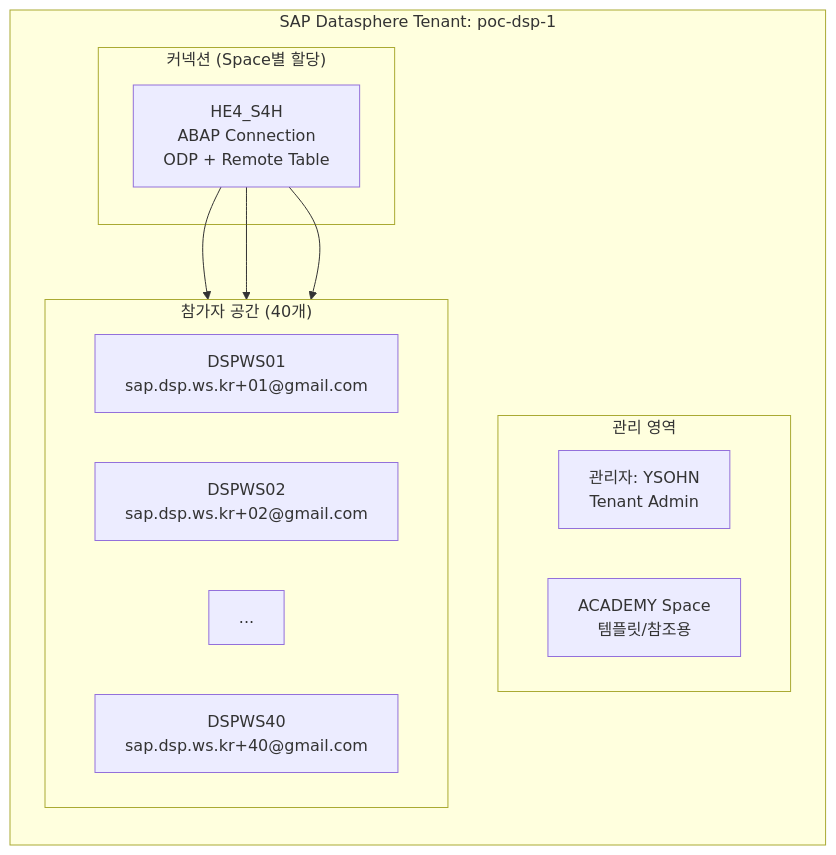
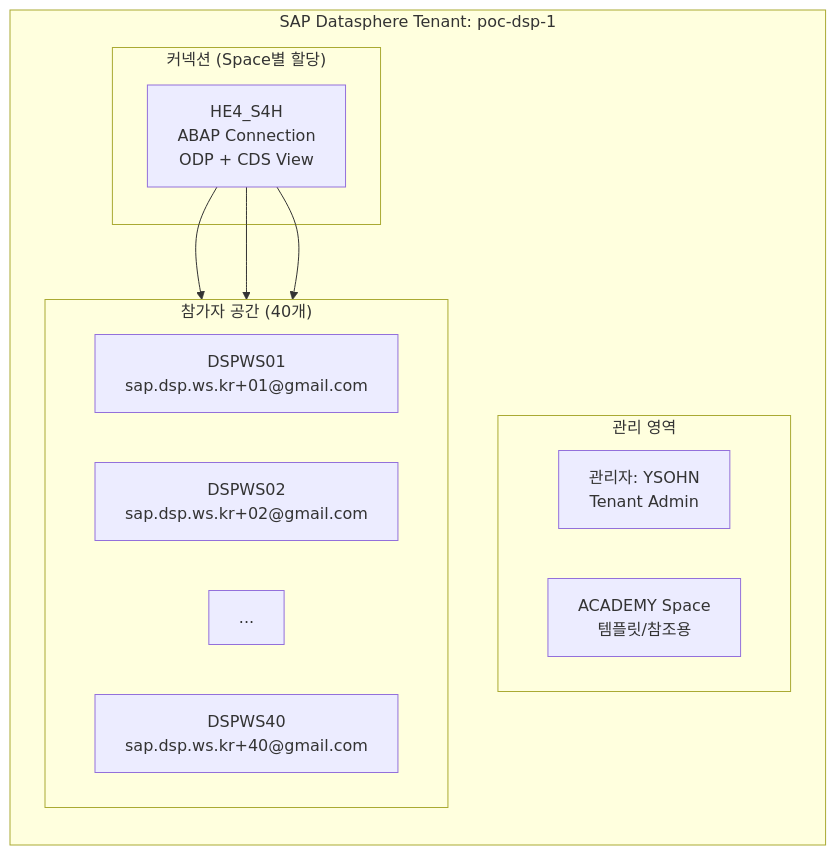
The second of 5 diagrams in docs/architecture.md (youngseols925/sap-datasphere-bdc-workshop), drawn with Mermaid before and after one commit. The commit also changed other lines of this file and 1 other file, not shown here.

First line of the commit message:
fix: CDS View 방식도 Replication Flow + Local Table로 전면 수정

````diff
--- a/docs/architecture.md
+++ b/docs/architecture.md
@@ -67,25 +69,25 @@
 ```mermaid
 graph LR
     subgraph TENANT["SAP Datasphere Tenant: poc-dsp-1"]
         direction TB
 
         subgraph ADMIN["관리 영역"]
             YSOHN[관리자: YSOHN<br/>Tenant Admin]
             ACADEMY[ACADEMY Space<br/>템플릿/참조용]
         end
 
         subgraph USERS["참가자 공간 (40개)"]
             direction LR
             WS01["DSPWS01<br/>sap.dsp.ws.kr+01@gmail.com"]
             WS02["DSPWS02<br/>sap.dsp.ws.kr+02@gmail.com"]
             DOTS["..."]
             WS40["DSPWS40<br/>sap.dsp.ws.kr+40@gmail.com"]
         end
 
         subgraph CONN_POOL["커넥션 (Space별 할당)"]
-            C1[HE4_S4H<br/>ABAP Connection<br/>ODP + Remote Table]
+            C1[HE4_S4H<br/>ABAP Connection<br/>ODP + CDS View]
         end
     end
 
     C1 --> WS01 & WS02 & WS40
 ```
````
